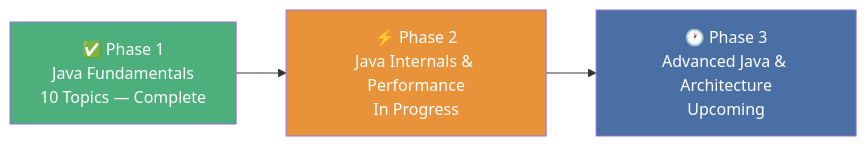
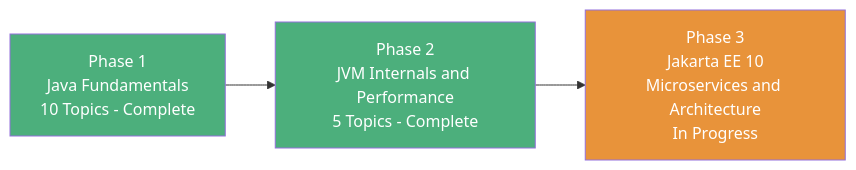
One commit to 7amo10/My-Java-Rodemap changed the diagram in docs/notes/index.md. Above: the diagram before and after it, drawn with Mermaid. The commit also changed other lines of this file and 22 other files, not shown here.

Commit message:
feat(phase-3): add Jakarta EE 10 Week 1 modular notes, book summaries & lab guides

````diff
--- a/docs/notes/index.md
+++ b/docs/notes/index.md
@@ -9,10 +9,10 @@
 ```mermaid
 flowchart LR
-    P1["✅ Phase 1\nJava Fundamentals\n10 Topics — Complete"]
-    --> P2["⚡ Phase 2\nJava Internals & Performance\nIn Progress"]
-    --> P3["🕐 Phase 3\nAdvanced Java & Architecture\nUpcoming"]
+    P1["Phase 1<br/>Java Fundamentals<br/>10 Topics - Complete"]
+    --> P2["Phase 2<br/>JVM Internals and Performance<br/>5 Topics - Complete"]
+    --> P3["Phase 3<br/>Jakarta EE 10<br/>Microservices and Architecture<br/>In Progress"]
 
     style P1 fill:#4caf7c,color:#fff
-    style P2 fill:#e8933a,color:#fff
-    style P3 fill:#4a6fa5,color:#fff
+    style P2 fill:#4caf7c,color:#fff
+    style P3 fill:#e8933a,color:#fff
 ```
````
